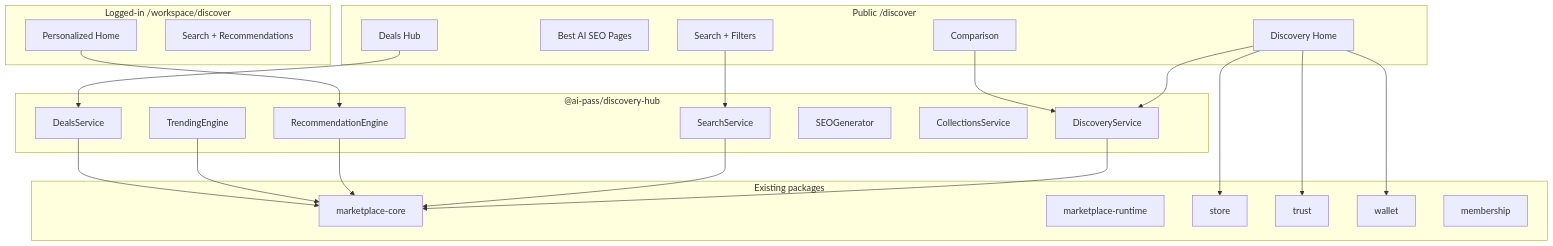
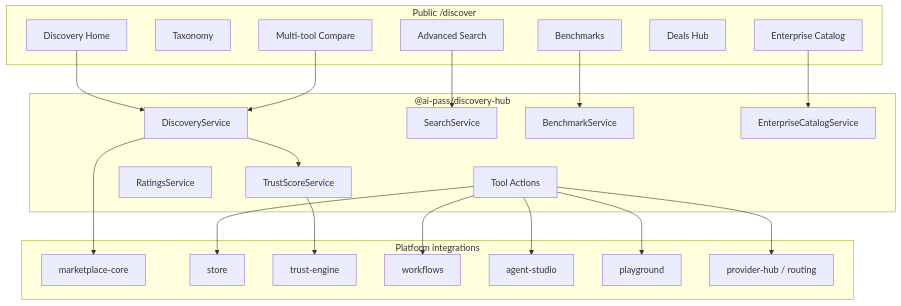
Before and after one commit to aebada/AI-Pass: the diagram in docs/DISCOVERY-HUB.md, drawn with Mermaid. The commit also changed other lines of this file and 41 other files, not shown here.

First line of the commit message:
feat(discovery-hub): evolve AI Discovery Hub into enterprise orchestration catalog

````diff
--- a/docs/DISCOVERY-HUB.md
+++ b/docs/DISCOVERY-HUB.md
@@ -7,50 +13,46 @@
 ```mermaid
 flowchart TB
   subgraph Public["Public /discover"]
     Home[Discovery Home]
-    BestAI[Best AI SEO Pages]
-    Search[Search + Filters]
-    Compare[Comparison]
+    Tax[Taxonomy]
+    Search[Advanced Search]
+    Compare[Multi-tool Compare]
+    Bench[Benchmarks]
     Deals[Deals Hub]
-  end
-
-  subgraph Workspace["Logged-in /workspace/discover"]
-    WHome[Personalized Home]
-    WSearch[Search + Recommendations]
+    Ent[Enterprise Catalog]
   end
 
   subgraph Package["@ai-pass/discovery-hub"]
     DS[DiscoveryService]
     SS[SearchService]
-    RE[RecommendationEngine]
-    TE[TrendingEngine]
-    SEO[SEOGenerator]
-    CS[CollectionsService]
-    DLS[DealsService]
+    TS[TrustScoreService]
+    BS[BenchmarkService]
+    RS[RatingsService]
+    EC[EnterpriseCatalogService]
+    ACT[Tool Actions]
   end
 
-  subgraph Core["Existing packages"]
+  subgraph Core["Platform integrations"]
     MC[marketplace-core]
-    MR[marketplace-runtime]
     ST[store]
-    TR[trust]
-    WL[wallet]
-    MB[membership]
+    TR[trust-engine]
+    WF[workflows]
+    AG[agent-studio]
+    PG[playground]
+    PR[provider-hub / routing]
   end
 
   Home --> DS
   Search --> SS
   Compare --> DS
-  Deals --> DLS
-  WHome --> RE
-
+  Bench --> BS
+  Ent --> EC
   DS --> MC
-  SS --> MC
-  RE --> MC
-  TE --> MC
-  DLS --> MC
-
-  Home --> TR
-  Home --> WL
-  Home --> ST
+  DS --> TS
+  ACT --> ST
+  ACT --> WF
+  ACT --> AG
+  ACT --> PG
+  ACT --> PR
+  TS --> TR
 ```
````
